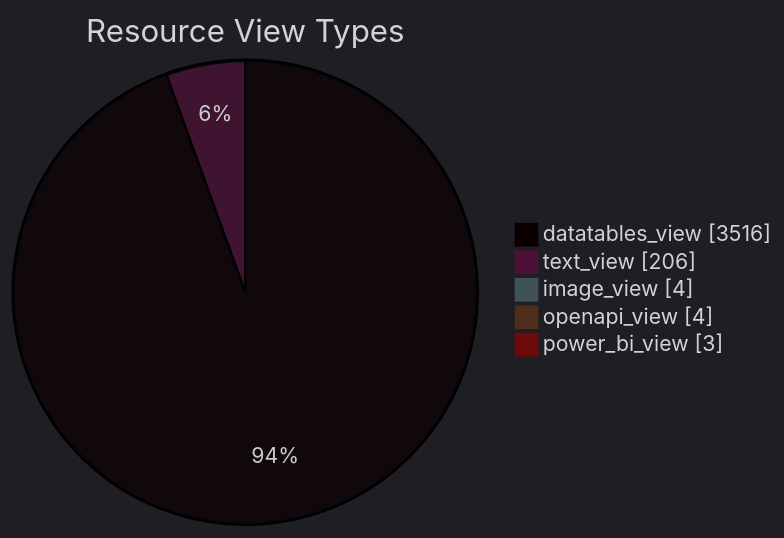
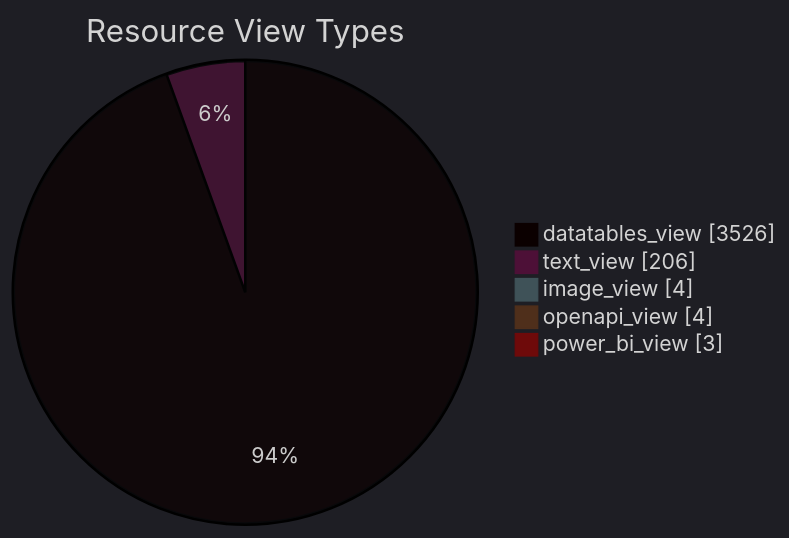
The diagram in datastore_tracker/resource_view_types_pie_chart.md (open-data/analytics-corporate-reporting), drawn with Mermaid before and after one commit. The commit also changed 9 other files, not shown here.

````diff
--- a/datastore_tracker/resource_view_types_pie_chart.md
+++ b/datastore_tracker/resource_view_types_pie_chart.md
@@ -2,12 +2,12 @@
 ```mermaid
 ---
 config:
   theme: dark
 ---
 pie showData title Resource View Types
-    "datatables_view": 3516
+    "datatables_view": 3526
     "text_view": 206
     "image_view": 4
     "openapi_view": 4
     "power_bi_view": 3
 ```
````
